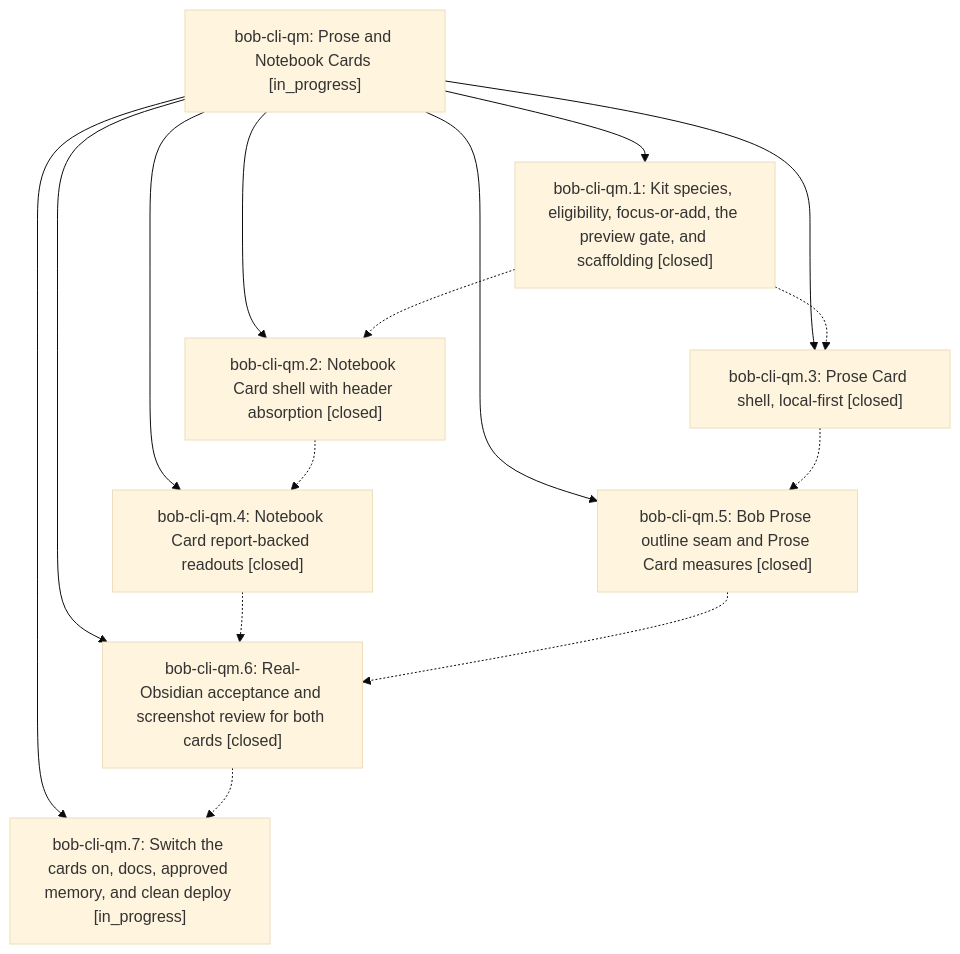
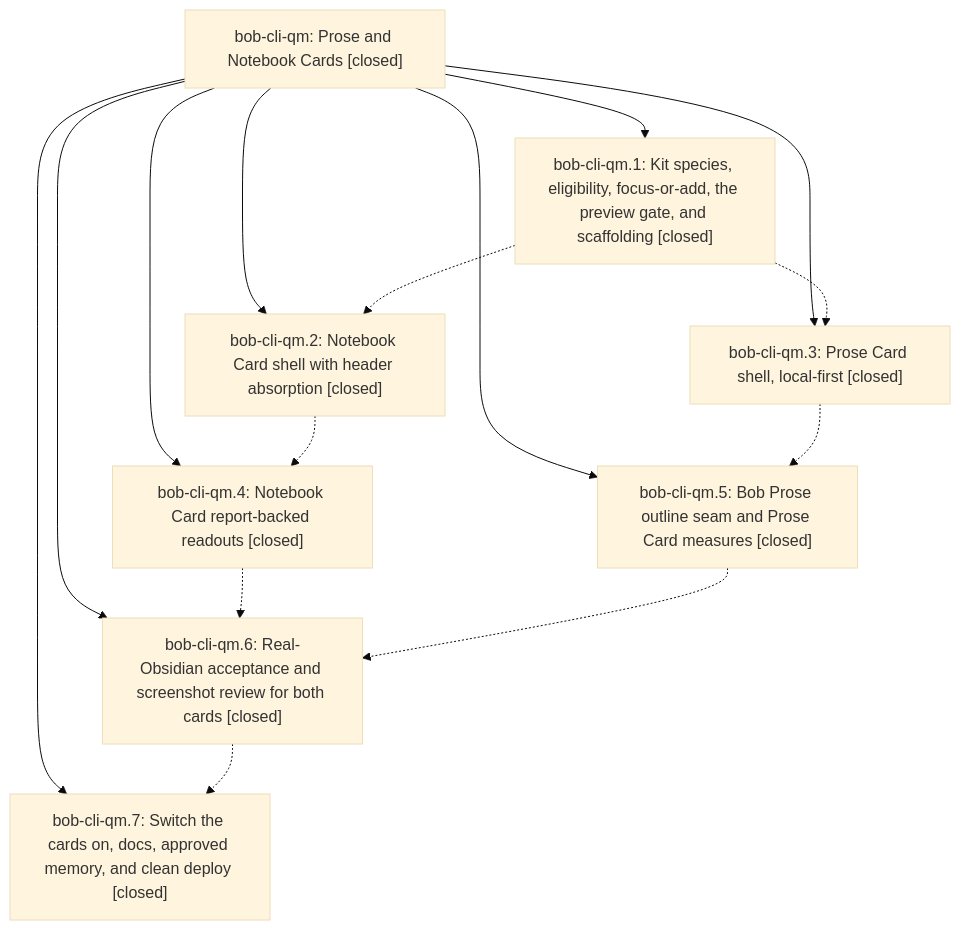
The diagram in pages/bob-cli-qm/README.md (bobs-org/bob-cli--beads), drawn with Mermaid (base theme) before and after one commit. The commit also changed other lines of this file and 2 other files, not shown here.

First line of the commit message:
chore(beads): sync bead state and pages for bob-cli-qm

````diff
--- a/pages/bob-cli-qm/README.md
+++ b/pages/bob-cli-qm/README.md
@@ -46,25 +77,25 @@
 ```mermaid
 flowchart TD
-    n0["bob-cli-qm: Prose and Notebook Cards [in_progress]"]
+    n0["bob-cli-qm: Prose and Notebook Cards [closed]"]
     n1["bob-cli-qm.1: Kit species, eligibility, focus-or-add, the preview gate, and scaffolding [closed]"]
     n2["bob-cli-qm.2: Notebook Card shell with header absorption [closed]"]
     n3["bob-cli-qm.3: Prose Card shell, local-first [closed]"]
     n4["bob-cli-qm.4: Notebook Card report-backed readouts [closed]"]
     n5["bob-cli-qm.5: Bob Prose outline seam and Prose Card measures [closed]"]
     n6["bob-cli-qm.6: Real-Obsidian acceptance and screenshot review for both cards [closed]"]
-    n7["bob-cli-qm.7: Switch the cards on, docs, approved memory, and clean deploy [in_progress]"]
+    n7["bob-cli-qm.7: Switch the cards on, docs, approved memory, and clean deploy [closed]"]
     n0 --> n1
     n0 --> n2
     n0 --> n3
     n0 --> n4
     n0 --> n5
     n0 --> n6
     n0 --> n7
     n1 -.-> n2
     n1 -.-> n3
     n2 -.-> n4
     n3 -.-> n5
     n4 -.-> n6
     n5 -.-> n6
     n6 -.-> n7
 ```
````
